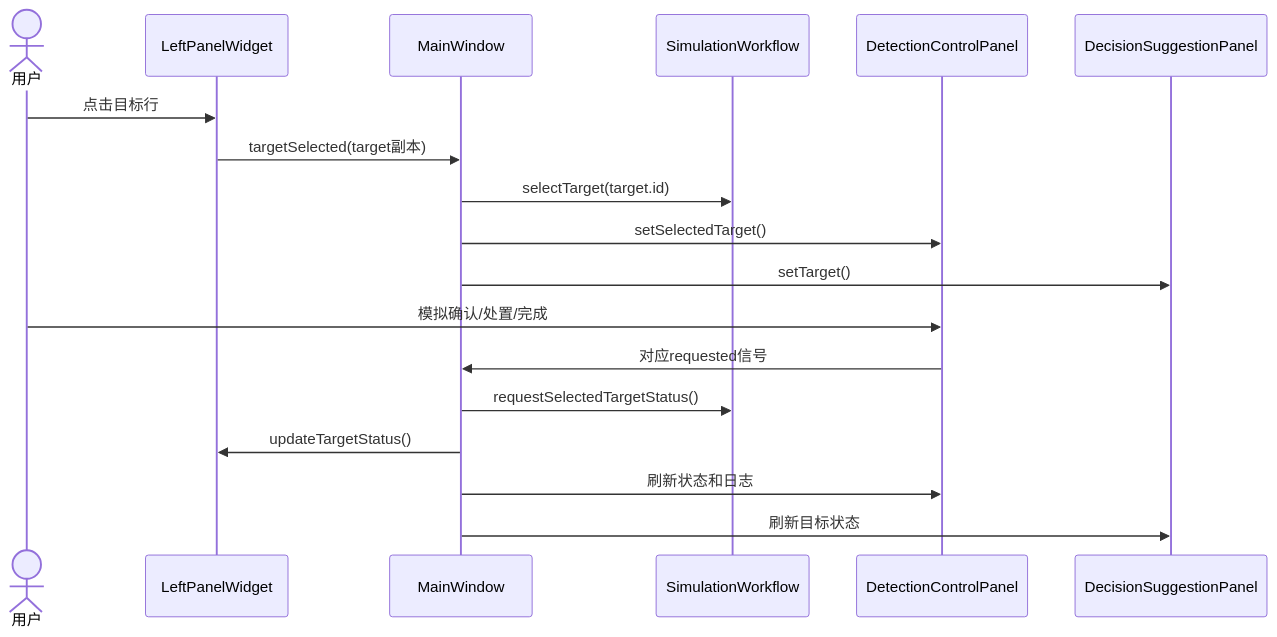
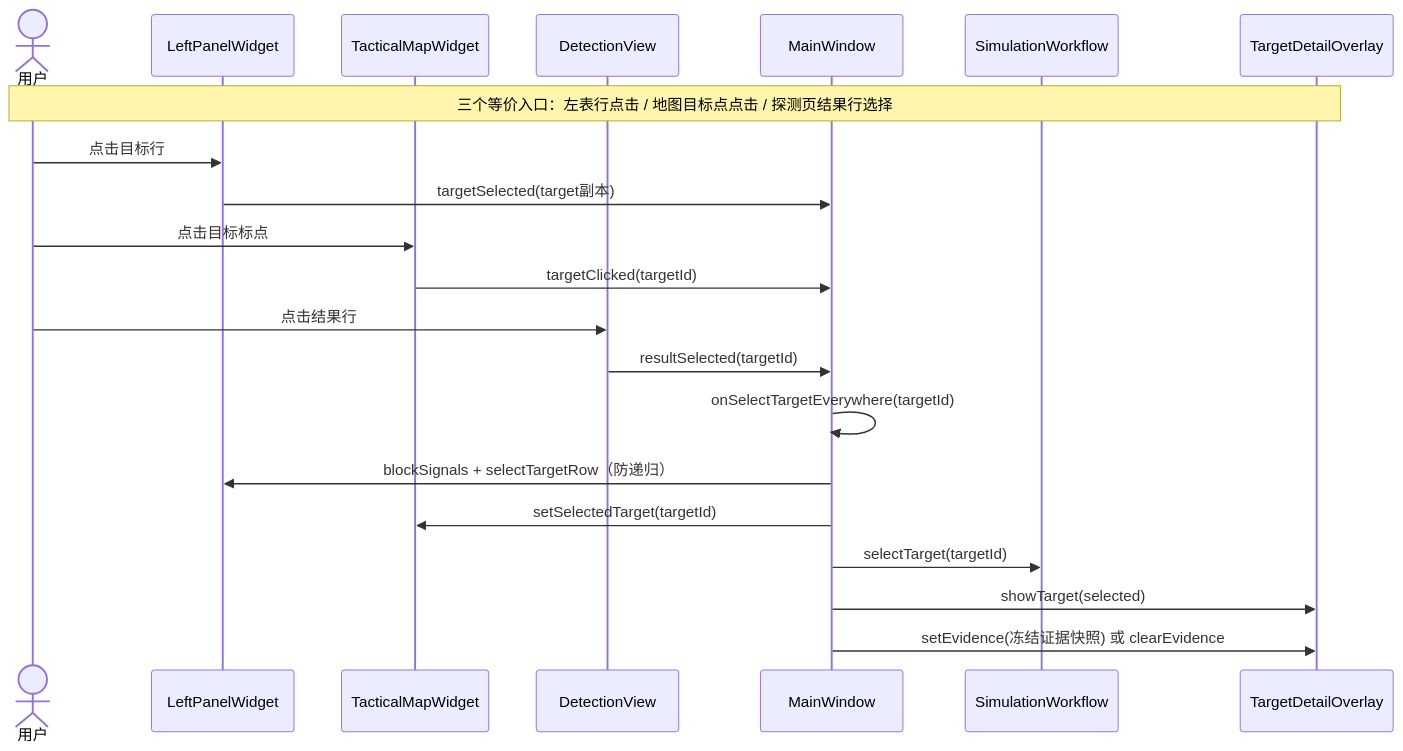
The first of 3 diagrams in docs/architecture/call-chains.md (wbzzzd/UXO_v1), drawn with Mermaid before and after one commit. The commit also changed other lines of this file and 3 other files, not shown here.

````diff
--- a/docs/architecture/call-chains.md
+++ b/docs/architecture/call-chains.md
@@ -9,21 +9,24 @@
 ```mermaid
 sequenceDiagram
     actor User as 用户
     participant Left as LeftPanelWidget
+    participant Map as TacticalMapWidget
+    participant DV as DetectionView
     participant Window as MainWindow
     participant Flow as SimulationWorkflow
-    participant Control as DetectionControlPanel
-    participant Decision as DecisionSuggestionPanel
+    participant Overlay as TargetDetailOverlay
 
+    Note over User,Overlay: 三个等价入口：左表行点击 / 地图目标点点击 / 探测页结果行选择
     User->>Left: 点击目标行
     Left->>Window: targetSelected(target副本)
-    Window->>Flow: selectTarget(target.id)
-    Window->>Control: setSelectedTarget()
-    Window->>Decision: setTarget()
-    User->>Control: 模拟确认/处置/完成
-    Control->>Window: 对应requested信号
-    Window->>Flow: requestSelectedTargetStatus()
-    Window->>Left: updateTargetStatus()
-    Window->>Control: 刷新状态和日志
-    Window->>Decision: 刷新目标状态
+    User->>Map: 点击目标标点
+    Map->>Window: targetClicked(targetId)
+    User->>DV: 点击结果行
+    DV->>Window: resultSelected(targetId)
+    Window->>Window: onSelectTargetEverywhere(targetId)
+    Window->>Left: blockSignals + selectTargetRow（防递归）
+    Window->>Map: setSelectedTarget(targetId)
+    Window->>Flow: selectTarget(targetId)
+    Window->>Overlay: showTarget(selected)
+    Window->>Overlay: setEvidence(冻结证据快照) 或 clearEvidence
 ```
````
